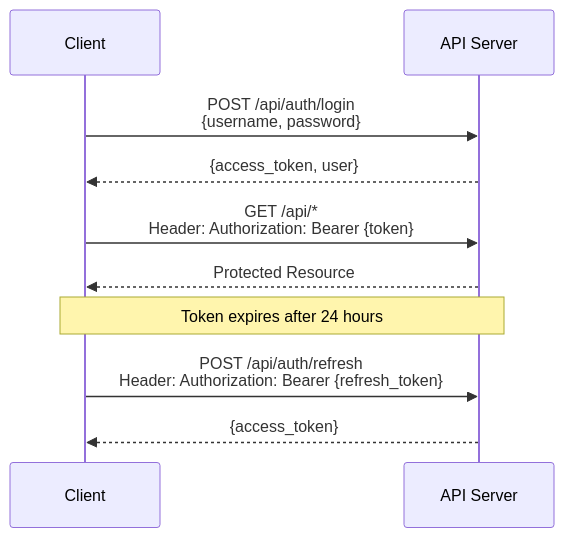
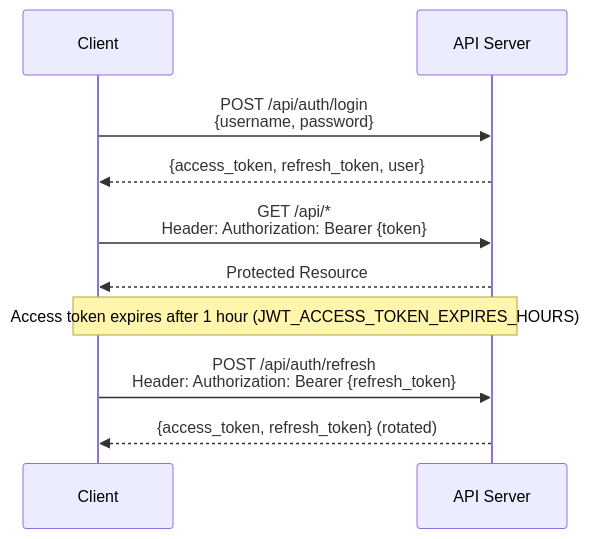
One commit to Ujjwaljain16/Fuze changed the first of 2 diagrams in docs/API_ARCHITECTURE.md. Above: the diagram before and after it, drawn with Mermaid. The commit also changed other lines of this file and 6 other files, not shown here.

First line of the commit message:
docs: architecture, API and security docs describe the code as it is

````diff
--- a/docs/API_ARCHITECTURE.md
+++ b/docs/API_ARCHITECTURE.md
@@ -44,15 +45,15 @@
 ```mermaid
 sequenceDiagram
     participant Client
     participant API as API Server
     
     Client->>API: POST /api/auth/login<br/>{username, password}
-    API-->>Client: {access_token, user}
-    
+    API-->>Client: {access_token, refresh_token, user}
+
     Client->>API: GET /api/*<br/>Header: Authorization: Bearer {token}
     API-->>Client: Protected Resource
-    
-    Note over Client,API: Token expires after 24 hours
+
+    Note over Client,API: Access token expires after 1 hour (JWT_ACCESS_TOKEN_EXPIRES_HOURS)
     Client->>API: POST /api/auth/refresh<br/>Header: Authorization: Bearer {refresh_token}
-    API-->>Client: {access_token}
+    API-->>Client: {access_token, refresh_token} (rotated)
 ```
````
